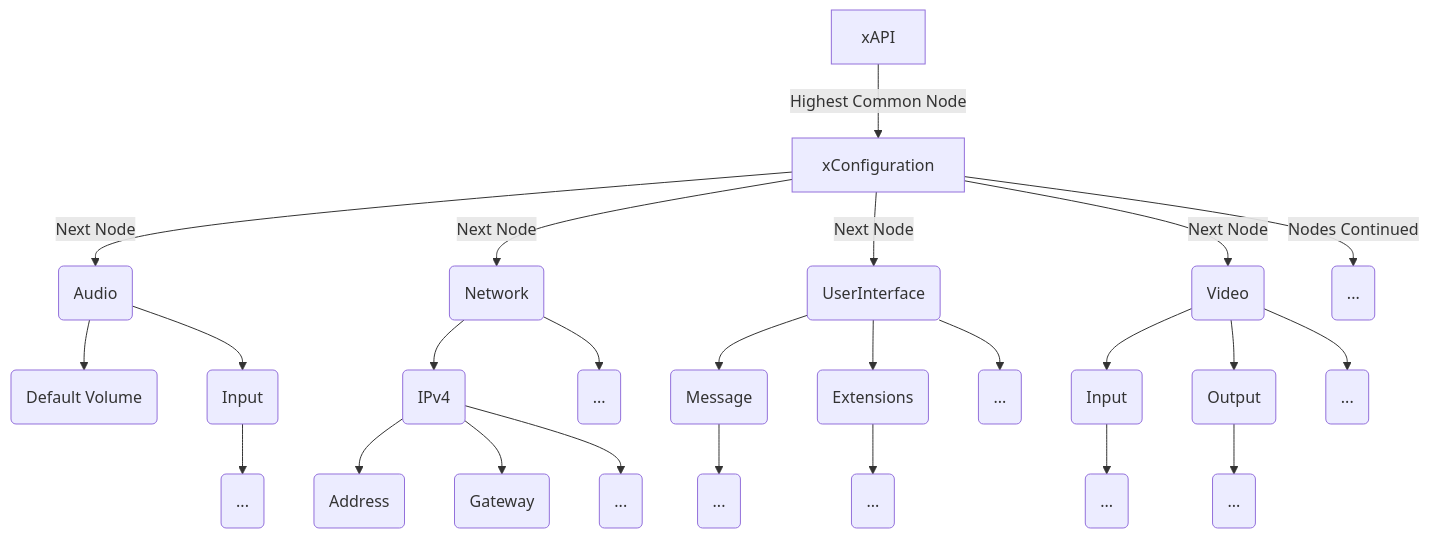
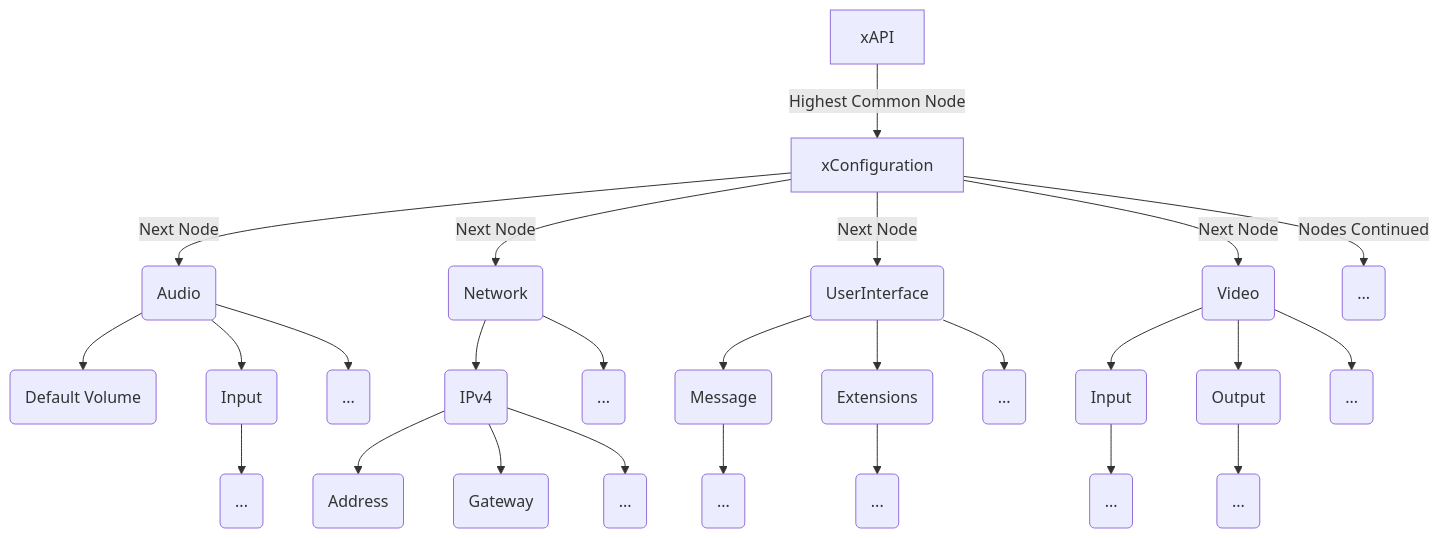
The first of 9 diagrams in docs/wx1_1451_part_2.md (WebexCC-SA/LAB-1451), drawn with Mermaid before and after one commit. The commit also changed other lines of this file and 6 other files, not shown here.

````diff
--- a/docs/wx1_1451_part_2.md
+++ b/docs/wx1_1451_part_2.md
@@ -770,27 +770,28 @@
                 ``` mermaid
                 flowchart TD
                   xAPI --> |Highest Common Node| A
                   A[xConfiguration] -->|Next Node| B(Audio)
                   B --> bb(Default Volume)
                   B --> bc(Input)
+                  B --> ba(...)
                   bc --> bd(...)
                   A --> |Next Node| C(Network)
                   C --> CC(IPv4)
                   CC --> CCC(Address)
                   CC --> CCD(Gateway)
                   CC --> CCE(...)
                   A --> |Next Node| D(UserInterface)
                   D --> DD(Message)
                   D --> DF(Extensions)
                   D --> DG(...)
                   DD --> DDE(...)
                   DF --> DDF(...)
                   C --> CD(...) 
                   A --> |Next Node| E(Video)
                   E --> EE(Input)
                   EE --> EEE(...)
                   E --> EF(Output)
                   EF --> EEF(...)
                   E --> EG(...)
                   A --> |Nodes Continued| F(...)
                 ```
````
